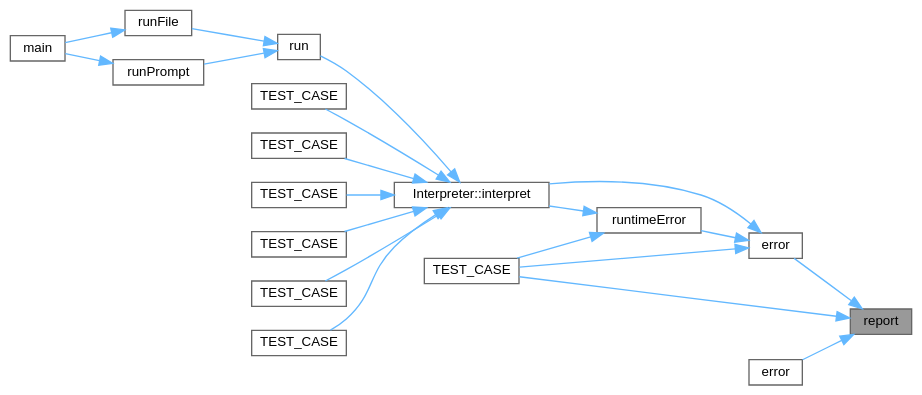
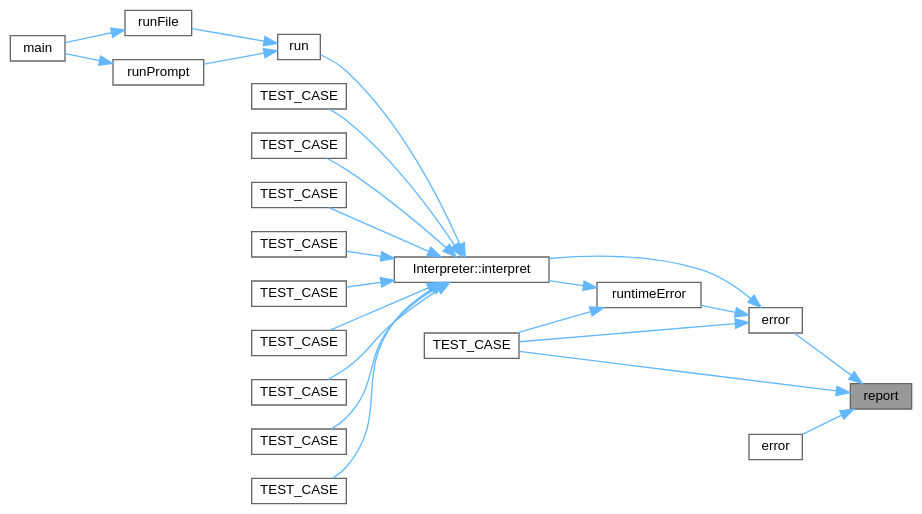
The diagram in error_8hpp_aef92bba490af31bffca743240f705016_icgraph.dot (helcsnewsxd/gsc-interpreter), drawn with Graphviz before and after one commit. The commit also changed 87 other files, not shown here.

```diff
--- a/error_8hpp_aef92bba490af31bffca743240f705016_icgraph.dot
+++ b/error_8hpp_aef92bba490af31bffca743240f705016_icgraph.dot
@@ -1,43 +1,49 @@
 digraph "report"
 {
  // LATEX_PDF_SIZE
   bgcolor="transparent";
   edge [fontname=Helvetica,fontsize=10,labelfontname=Helvetica,labelfontsize=10];
   node [fontname=Helvetica,fontsize=10,shape=box,height=0.2,width=0.4];
   rankdir="RL";
   Node1 [id="Node000001",label="report",height=0.2,width=0.4,color="gray40", fillcolor="grey60", style="filled", fontcolor="black",tooltip="Report an error in the given line and location."];
   Node1 -> Node2 [id="edge1_Node000001_Node000002",dir="back",color="steelblue1",style="solid",tooltip=" "];
   Node2 [id="Node000002",label="error",height=0.2,width=0.4,color="grey40", fillcolor="white", style="filled",URL="$error_8cpp.html#a057203d3ddd2dc7ffdbacf4be430a2e7",tooltip="Report an error in the given line."];
   Node2 -> Node3 [id="edge2_Node000002_Node000003",dir="back",color="steelblue1",style="solid",tooltip=" "];
   Node3 [id="Node000003",label="Interpreter::interpret",height=0.2,width=0.4,color="grey40", fillcolor="white", style="filled",URL="$classInterpreter.html#a3c1b7d9bdd87f579186d14fff68bc06b",tooltip="Interpret the given statement list and execute them."];
   Node3 -> Node4 [id="edge3_Node000003_Node000004",dir="back",color="steelblue1",style="solid",tooltip=" "];
   Node4 [id="Node000004",label="run",height=0.2,width=0.4,color="grey40", fillcolor="white", style="filled",URL="$main_8cpp.html#a7a2843aa356425e41907f7b3bc255b15",tooltip=" "];
   Node4 -> Node5 [id="edge4_Node000004_Node000005",dir="back",color="steelblue1",style="solid",tooltip=" "];
   Node5 [id="Node000005",label="runFile",height=0.2,width=0.4,color="grey40", fillcolor="white", style="filled",URL="$main_8cpp.html#abd88a82eb70f9e68f4ca9b5ebb923556",tooltip=" "];
   Node5 -> Node6 [id="edge5_Node000005_Node000006",dir="back",color="steelblue1",style="solid",tooltip=" "];
   Node6 [id="Node000006",label="main",height=0.2,width=0.4,color="grey40", fillcolor="white", style="filled",URL="$main_8cpp.html#a0ddf1224851353fc92bfbff6f499fa97",tooltip=" "];
   Node4 -> Node7 [id="edge6_Node000004_Node000007",dir="back",color="steelblue1",style="solid",tooltip=" "];
   Node7 [id="Node000007",label="runPrompt",height=0.2,width=0.4,color="grey40", fillcolor="white", style="filled",URL="$main_8cpp.html#a2177fc6f8c300b3c24f38817ba64da30",tooltip=" "];
   Node7 -> Node6 [id="edge7_Node000007_Node000006",dir="back",color="steelblue1",style="solid",tooltip=" "];
   Node3 -> Node8 [id="edge8_Node000003_Node000008",dir="back",color="steelblue1",style="solid",tooltip=" "];
   Node8 [id="Node000008",label="TEST_CASE",height=0.2,width=0.4,color="grey40", fillcolor="white", style="filled",URL="$interpreterTest_8cpp.html#a6d59c7eaa8dc2d2c231dc8048e24e35c",tooltip=" "];
   Node3 -> Node9 [id="edge9_Node000003_Node000009",dir="back",color="steelblue1",style="solid",tooltip=" "];
-  Node9 [id="Node000009",label="TEST_CASE",height=0.2,width=0.4,color="grey40", fillcolor="white", style="filled",URL="$interpreterTest_8cpp.html#a7d78cde49e06d2e3075c06db32f64b88",tooltip=" "];
+  Node9 [id="Node000009",label="TEST_CASE",height=0.2,width=0.4,color="grey40", fillcolor="white", style="filled",URL="$interpreterTest_8cpp.html#a7681cf646797c6651e5ce7c2c5972057",tooltip=" "];
   Node3 -> Node10 [id="edge10_Node000003_Node000010",dir="back",color="steelblue1",style="solid",tooltip=" "];
-  Node10 [id="Node000010",label="TEST_CASE",height=0.2,width=0.4,color="grey40", fillcolor="white", style="filled",URL="$interpreterTest_8cpp.html#ab150f85e2a5e48f1c4f8992c29f0c06a",tooltip=" "];
+  Node10 [id="Node000010",label="TEST_CASE",height=0.2,width=0.4,color="grey40", fillcolor="white", style="filled",URL="$interpreterTest_8cpp.html#a6c6a1c7c7c4e7f448ae53d7aa8891248",tooltip=" "];
   Node3 -> Node11 [id="edge11_Node000003_Node000011",dir="back",color="steelblue1",style="solid",tooltip=" "];
-  Node11 [id="Node000011",label="TEST_CASE",height=0.2,width=0.4,color="grey40", fillcolor="white", style="filled",URL="$interpreterTest_8cpp.html#a20d502dcebb9fdb1ee5a77b6e461a05f",tooltip=" "];
+  Node11 [id="Node000011",label="TEST_CASE",height=0.2,width=0.4,color="grey40", fillcolor="white", style="filled",URL="$interpreterTest_8cpp.html#a7d78cde49e06d2e3075c06db32f64b88",tooltip=" "];
   Node3 -> Node12 [id="edge12_Node000003_Node000012",dir="back",color="steelblue1",style="solid",tooltip=" "];
-  Node12 [id="Node000012",label="TEST_CASE",height=0.2,width=0.4,color="grey40", fillcolor="white", style="filled",URL="$interpreterTest_8cpp.html#a6d69d806ec4f8c26e812e8faeba66df8",tooltip=" "];
+  Node12 [id="Node000012",label="TEST_CASE",height=0.2,width=0.4,color="grey40", fillcolor="white", style="filled",URL="$interpreterTest_8cpp.html#ab150f85e2a5e48f1c4f8992c29f0c06a",tooltip=" "];
   Node3 -> Node13 [id="edge13_Node000003_Node000013",dir="back",color="steelblue1",style="solid",tooltip=" "];
-  Node13 [id="Node000013",label="TEST_CASE",height=0.2,width=0.4,color="grey40", fillcolor="white", style="filled",URL="$interpreterTest_8cpp.html#a91cdf5df35d38b3a8934de548a6ca231",tooltip=" "];
-  Node2 -> Node14 [id="edge14_Node000002_Node000014",dir="back",color="steelblue1",style="solid",tooltip=" "];
-  Node14 [id="Node000014",label="runtimeError",height=0.2,width=0.4,color="grey40", fillcolor="white", style="filled",URL="$error_8cpp.html#a52e9d0438880e071985009848bab2d32",tooltip="Report a runtime error given a RuntimeError object."];
-  Node14 -> Node3 [id="edge15_Node000014_Node000003",dir="back",color="steelblue1",style="solid",tooltip=" "];
-  Node14 -> Node15 [id="edge16_Node000014_Node000015",dir="back",color="steelblue1",style="solid",tooltip=" "];
-  Node15 [id="Node000015",label="TEST_CASE",height=0.2,width=0.4,color="grey40", fillcolor="white", style="filled",URL="$errorTest_8cpp.html#af93175627642fbb8db1d156e4cf1b477",tooltip=" "];
-  Node2 -> Node15 [id="edge17_Node000002_Node000015",dir="back",color="steelblue1",style="solid",tooltip=" "];
-  Node1 -> Node16 [id="edge18_Node000001_Node000016",dir="back",color="steelblue1",style="solid",tooltip=" "];
-  Node16 [id="Node000016",label="error",height=0.2,width=0.4,color="grey40", fillcolor="white", style="filled",URL="$error_8cpp.html#afa57d460cf6161b889466f19635b8c07",tooltip="Report an error in the given token."];
-  Node1 -> Node15 [id="edge19_Node000001_Node000015",dir="back",color="steelblue1",style="solid",tooltip=" "];
+  Node13 [id="Node000013",label="TEST_CASE",height=0.2,width=0.4,color="grey40", fillcolor="white", style="filled",URL="$interpreterTest_8cpp.html#a20d502dcebb9fdb1ee5a77b6e461a05f",tooltip=" "];
+  Node3 -> Node14 [id="edge14_Node000003_Node000014",dir="back",color="steelblue1",style="solid",tooltip=" "];
+  Node14 [id="Node000014",label="TEST_CASE",height=0.2,width=0.4,color="grey40", fillcolor="white", style="filled",URL="$interpreterTest_8cpp.html#a6d69d806ec4f8c26e812e8faeba66df8",tooltip=" "];
+  Node3 -> Node15 [id="edge15_Node000003_Node000015",dir="back",color="steelblue1",style="solid",tooltip=" "];
+  Node15 [id="Node000015",label="TEST_CASE",height=0.2,width=0.4,color="grey40", fillcolor="white", style="filled",URL="$interpreterTest_8cpp.html#ae30abe8dbd86c4cdc9bea70322460f21",tooltip=" "];
+  Node3 -> Node16 [id="edge16_Node000003_Node000016",dir="back",color="steelblue1",style="solid",tooltip=" "];
+  Node16 [id="Node000016",label="TEST_CASE",height=0.2,width=0.4,color="grey40", fillcolor="white", style="filled",URL="$interpreterTest_8cpp.html#a91cdf5df35d38b3a8934de548a6ca231",tooltip=" "];
+  Node2 -> Node17 [id="edge17_Node000002_Node000017",dir="back",color="steelblue1",style="solid",tooltip=" "];
+  Node17 [id="Node000017",label="runtimeError",height=0.2,width=0.4,color="grey40", fillcolor="white", style="filled",URL="$error_8cpp.html#a52e9d0438880e071985009848bab2d32",tooltip="Report a runtime error given a RuntimeError object."];
+  Node17 -> Node3 [id="edge18_Node000017_Node000003",dir="back",color="steelblue1",style="solid",tooltip=" "];
+  Node17 -> Node18 [id="edge19_Node000017_Node000018",dir="back",color="steelblue1",style="solid",tooltip=" "];
+  Node18 [id="Node000018",label="TEST_CASE",height=0.2,width=0.4,color="grey40", fillcolor="white", style="filled",URL="$errorTest_8cpp.html#af93175627642fbb8db1d156e4cf1b477",tooltip=" "];
+  Node2 -> Node18 [id="edge20_Node000002_Node000018",dir="back",color="steelblue1",style="solid",tooltip=" "];
+  Node1 -> Node19 [id="edge21_Node000001_Node000019",dir="back",color="steelblue1",style="solid",tooltip=" "];
+  Node19 [id="Node000019",label="error",height=0.2,width=0.4,color="grey40", fillcolor="white", style="filled",URL="$error_8cpp.html#afa57d460cf6161b889466f19635b8c07",tooltip="Report an error in the given token."];
+  Node1 -> Node18 [id="edge22_Node000001_Node000018",dir="back",color="steelblue1",style="solid",tooltip=" "];
 }
```
